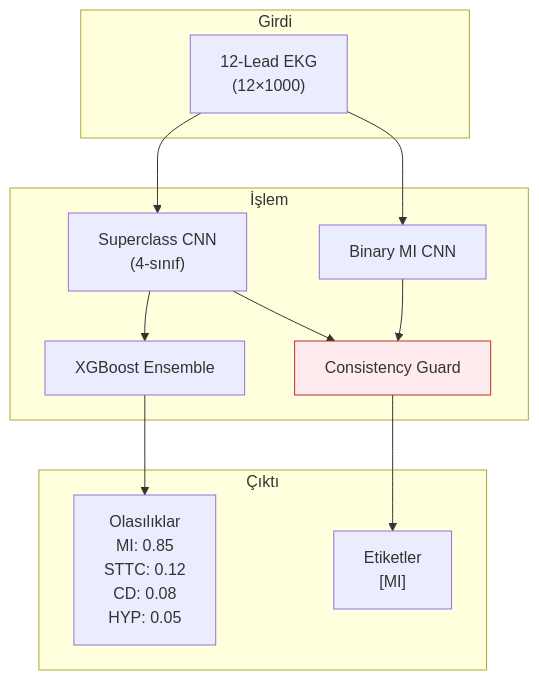
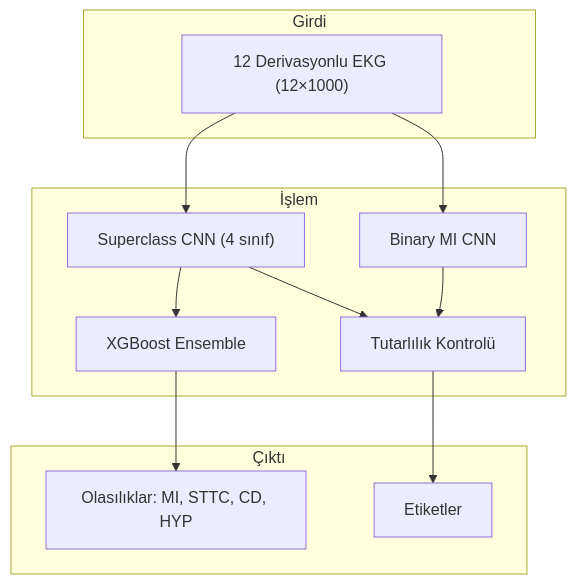
One commit to mUsaulug/CardioGuard-AI changed the third of 8 diagrams in docs/diagrams/02_use_case_diagram.md. Above: the diagram before and after it, drawn with Mermaid. The commit also changed other lines of this file and 5 other files, not shown here.

````diff
--- a/docs/diagrams/02_use_case_diagram.md
+++ b/docs/diagrams/02_use_case_diagram.md
@@ -149,27 +150,26 @@
 ```mermaid
 graph TB
     subgraph Girdi
-        ECG["12-Lead EKG<br/>(12×1000)"]
+        ECG["12 Derivasyonlu EKG (12×1000)"]
     end
     
-    subgraph İşlem
-        SUPER["Superclass CNN<br/>(4-sınıf)"]
+    subgraph Islem["İşlem"]
+        SUPER["Superclass CNN (4 sınıf)"]
         BINARY["Binary MI CNN"]
         XGB["XGBoost Ensemble"]
-        GUARD["Consistency Guard"]
+        GUARD["Tutarlılık Kontrolü"]
     end
     
-    subgraph Çıktı
-        PROBS["Olasılıklar<br/>MI: 0.85<br/>STTC: 0.12<br/>CD: 0.08<br/>HYP: 0.05"]
-        LABELS["Etiketler<br/>[MI]"]
+    subgraph Cikti["Çıktı"]
+        PROBS["Olasılıklar: MI, STTC, CD, HYP"]
+        LABELS["Etiketler"]
     end
     
-    ECG --> SUPER & BINARY
+    ECG --> SUPER
+    ECG --> BINARY
     SUPER --> XGB
     SUPER --> GUARD
     BINARY --> GUARD
     XGB --> PROBS
     GUARD --> LABELS
-    
-    style GUARD fill:#ffebee,stroke:#c62828
 ```
````
